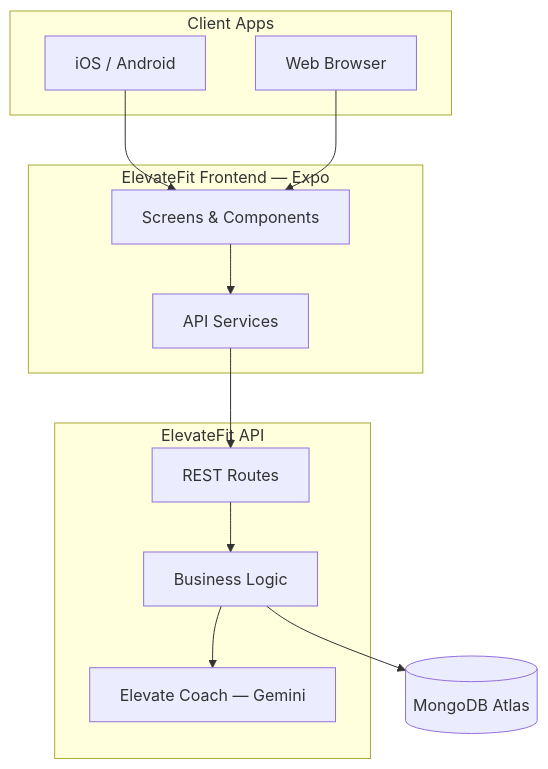
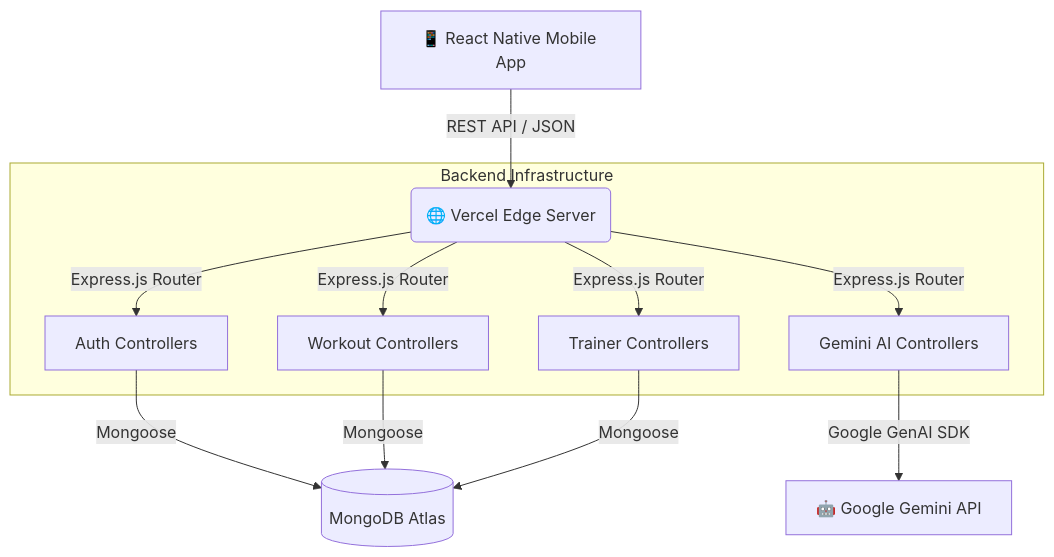
One commit to A4Asfar/Fitness-Tracking-and-Workout-management-system changed the diagram in README.md. Above: the diagram before and after it, drawn with Mermaid. The commit also changed other lines of this file, not shown here.

````diff
--- a/README.md
+++ b/README.md
@@ -127,28 +74,17 @@
 ```mermaid
-flowchart TB
-    subgraph clients [Client Apps]
-        Mobile[iOS / Android]
-        Web[Web Browser]
+graph TD
+    Client[📱 React Native Mobile App] -->|REST API / JSON| API(🌐 Vercel Edge Server)
+    
+    subgraph Backend Infrastructure
+        API -->|Express.js Router| Auth[Auth Controllers]
+        API -->|Express.js Router| Workouts[Workout Controllers]
+        API -->|Express.js Router| Trainers[Trainer Controllers]
+        API -->|Express.js Router| AI[Gemini AI Controllers]
     end
-
-    subgraph frontend [ElevateFit Frontend — Expo]
-        UI[Screens & Components]
-        API_Client[API Services]
-    end
-
-    subgraph backend [ElevateFit API]
-        Routes[REST Routes]
-        Controllers[Business Logic]
-        AI[Elevate Coach — Gemini]
-    end
-
-    DB[(MongoDB Atlas)]
-
-    Mobile --> UI
-    Web --> UI
-    UI --> API_Client
-    API_Client --> Routes
-    Routes --> Controllers
-    Controllers --> DB
-    Controllers --> AI
+    
+    Auth -->|Mongoose| DB[(MongoDB Atlas)]
+    Workouts -->|Mongoose| DB
+    Trainers -->|Mongoose| DB
+    
+    AI -->|Google GenAI SDK| Gemini[🤖 Google Gemini API]
 ```
````
